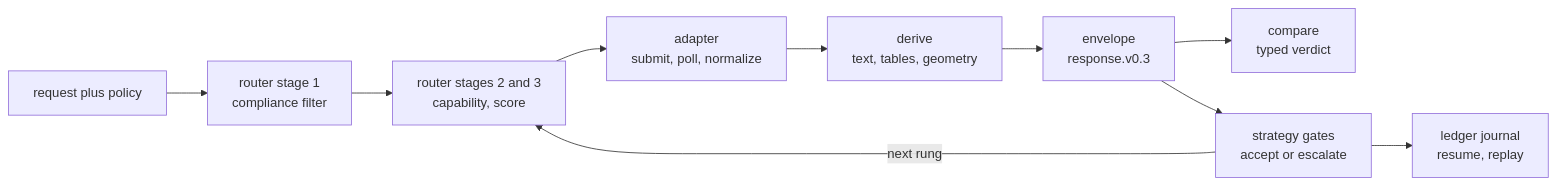
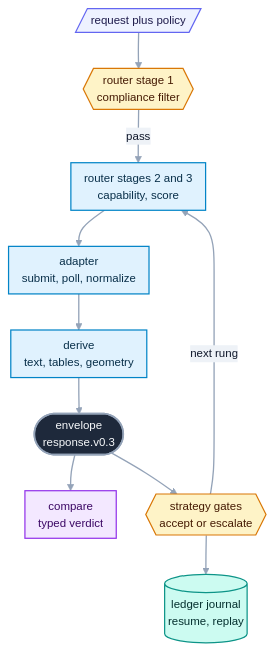
One commit to openreading-ai/openreading-core changed the diagram in src/openreading/README.md. Above: the diagram before and after it, drawn with Mermaid. The commit also changed 8 other files, not shown here.

````diff
--- a/src/openreading/README.md
+++ b/src/openreading/README.md
@@ -77,12 +77,22 @@
 ```mermaid
-flowchart LR
-  Q["request plus policy"] --> R1["router stage 1<br>compliance filter"]
-  R1 --> R2["router stages 2 and 3<br>capability, score"]
-  R2 --> AD["adapter<br>submit, poll, normalize"]
-  AD --> DV["derive<br>text, tables, geometry"]
-  DV --> EN["envelope<br>response.v0.3"]
-  EN --> CP["compare<br>typed verdict"]
-  EN --> ST["strategy gates<br>accept or escalate"]
-  ST -->|"next rung"| R2
-  ST --> LG["ledger journal<br>resume, replay"]
+%%{init: {"theme":"base","themeVariables":{"fontFamily":"ui-sans-serif, system-ui, -apple-system, Segoe UI, Roboto, sans-serif","fontSize":"14px","lineColor":"#94a3b8","textColor":"#334155","primaryTextColor":"#0f172a","edgeLabelBackground":"#eef2f7","clusterBkg":"#f8fafc","clusterBorder":"#cbd5e1","titleColor":"#334155"},"flowchart":{"curve":"basis","nodeSpacing":36,"rankSpacing":44,"padding":8,"useMaxWidth":true}}}%%
+flowchart TD
+  Q[/"request plus policy"/]:::src --> R1{{"router stage 1<br>compliance filter"}}:::gate
+  R1 -- "pass" --> R2["router stages 2 and 3<br>capability, score"]:::work
+  R2 --> AD["adapter<br>submit, poll, normalize"]:::work
+  AD --> DV["derive<br>text, tables, geometry"]:::work
+  DV --> EN(["envelope<br>response.v0.3"]):::hero
+  EN --> CP["compare<br>typed verdict"]:::out
+  EN --> ST{{"strategy gates<br>accept or escalate"}}:::gate
+  ST -- "next rung" --> R2
+  ST --> LG[("ledger journal<br>resume, replay")]:::store
+  classDef src fill:#eef2ff,stroke:#6366f1,stroke-width:1.5px,color:#1e1b4b;
+  classDef work fill:#e0f2fe,stroke:#0284c7,stroke-width:1.5px,color:#082f49;
+  classDef gate fill:#fef3c7,stroke:#d97706,stroke-width:1.5px,color:#451a03;
+  classDef good fill:#dcfce7,stroke:#16a34a,stroke-width:1.5px,color:#052e16;
+  classDef bad fill:#fee2e2,stroke:#dc2626,stroke-width:1.5px,color:#450a0a;
+  classDef store fill:#ccfbf1,stroke:#0d9488,stroke-width:1.5px,color:#042f2e;
+  classDef out fill:#f3e8ff,stroke:#9333ea,stroke-width:1.5px,color:#3b0764;
+  classDef hero fill:#1e293b,stroke:#94a3b8,stroke-width:2px,color:#f8fafc;
+  linkStyle default stroke-width:1.6px;
 ```
````
